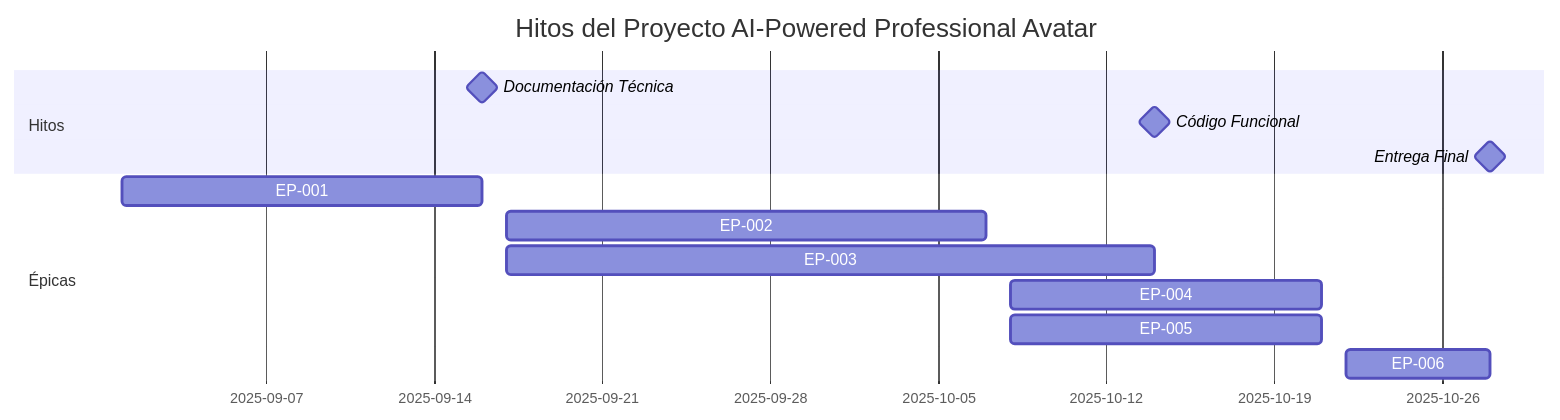
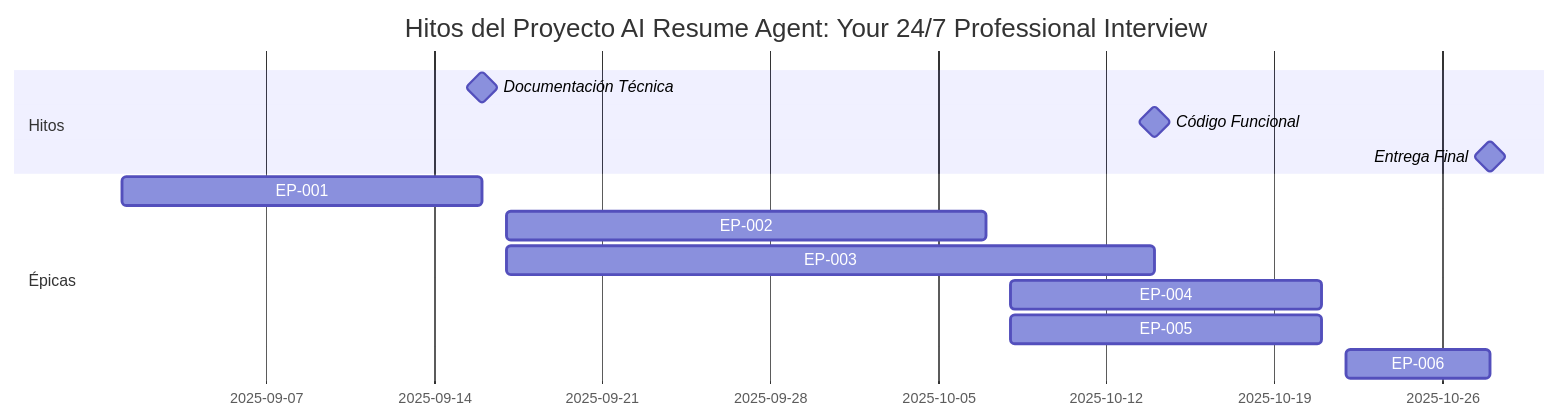
The first of 2 diagrams in docs/06-historias-usuario.md (LIDR-academy/AI4Devs-finalproject), drawn with Mermaid before and after one commit. The commit also changed other lines of this file and 13 other files, not shown here.

````diff
--- a/docs/06-historias-usuario.md
+++ b/docs/06-historias-usuario.md
@@ -514,17 +542,17 @@
 ```mermaid
 gantt
-    title Hitos del Proyecto AI-Powered Professional Avatar
+    title Hitos del Proyecto AI Resume Agent: Your 24/7 Professional Interview
     dateFormat  YYYY-MM-DD
     section Hitos
     Documentación Técnica    :milestone, doc, 2025-09-16, 0d
     Código Funcional         :milestone, code, 2025-10-14, 0d
     Entrega Final           :milestone, final, 2025-10-28, 0d
     
     section Épicas
     EP-001: Análisis y Planificación    :ep1, 2025-09-01, 2025-09-16
     EP-002: Desarrollo Backend          :ep2, 2025-09-17, 2025-10-07
     EP-003: Desarrollo Frontend         :ep3, 2025-09-17, 2025-10-14
     EP-004: Analytics y Métricas        :ep4, 2025-10-08, 2025-10-21
     EP-005: Seguridad y Testing         :ep5, 2025-10-08, 2025-10-21
     EP-006: Despliegue y Operaciones    :ep6, 2025-10-22, 2025-10-28
 ```
````
